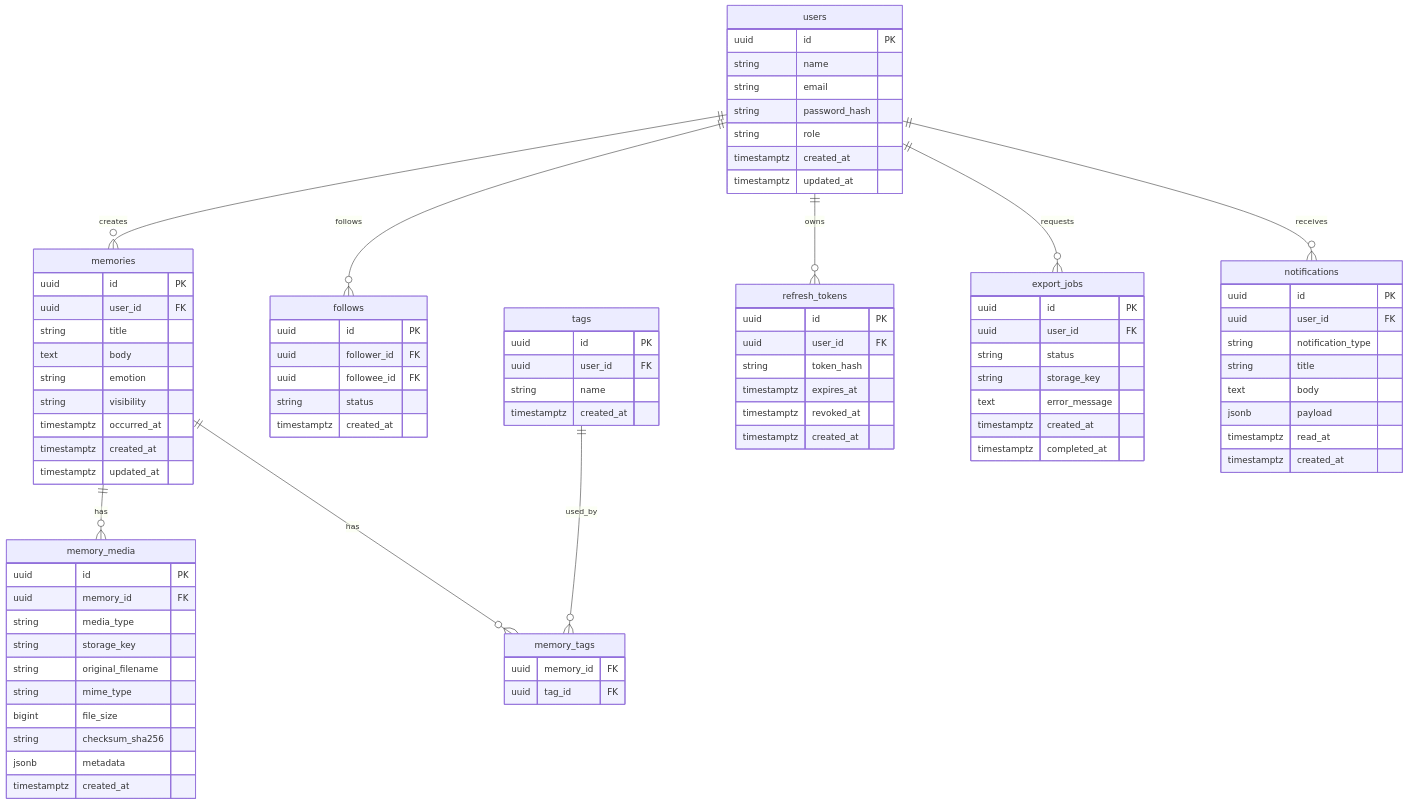
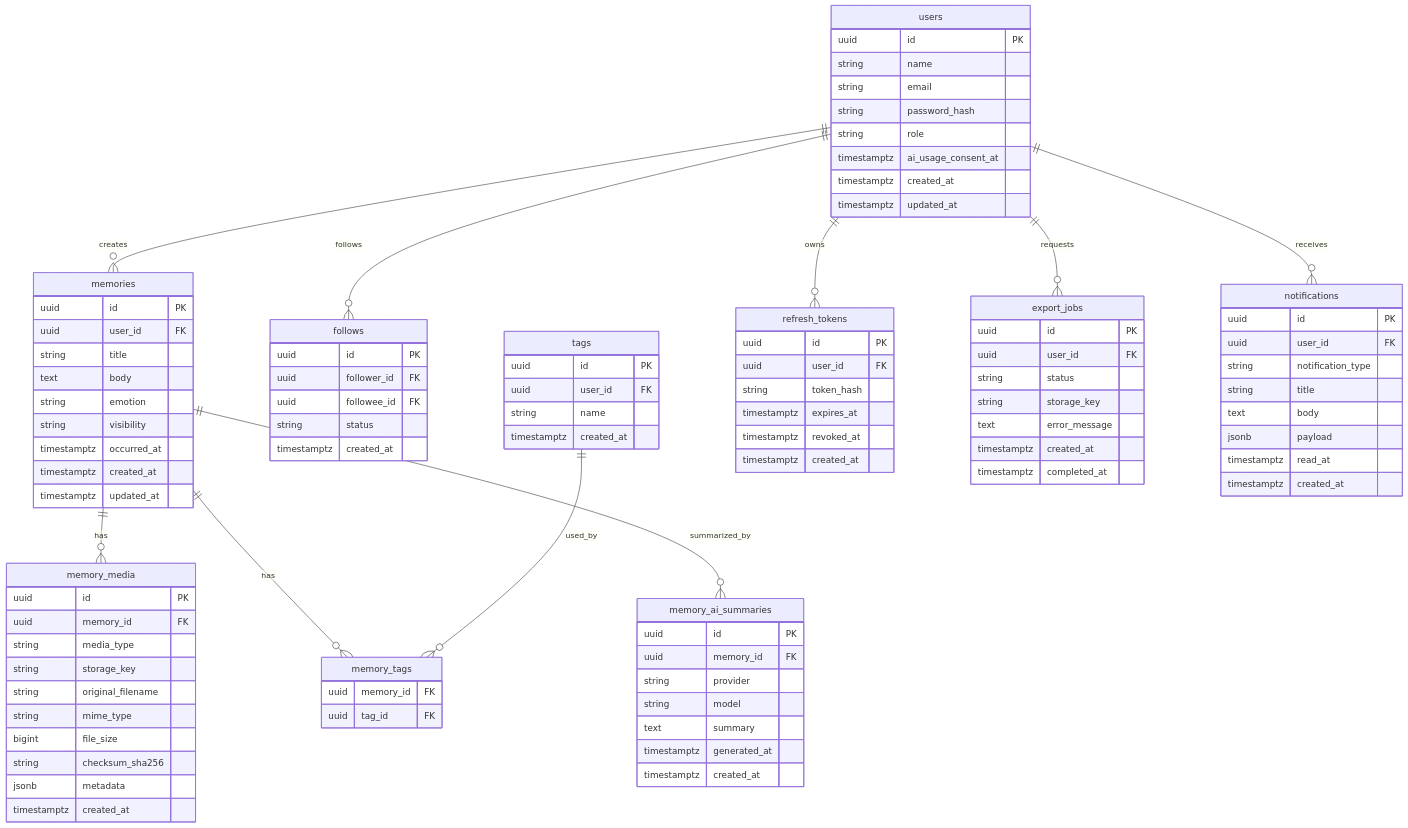
Before and after one commit to Electric-Sheep-team6/backend: the diagram in doc/basic_design/db_schema.md, drawn with Mermaid. The commit also changed other lines of this file and 3 other files, not shown here.

````diff
--- a/doc/basic_design/db_schema.md
+++ b/doc/basic_design/db_schema.md
@@ -22,6 +22,7 @@
   users ||--o{ refresh_tokens : owns
   users ||--o{ export_jobs : requests
   users ||--o{ notifications : receives
+  memories ||--o{ memory_ai_summaries : summarized_by
 
   users {
     uuid id PK
@@ -29,6 +30,7 @@
     string email
     string password_hash
     string role
+    timestamptz ai_usage_consent_at
     timestamptz created_at
     timestamptz updated_at
   }
@@ -107,4 +109,14 @@
     timestamptz read_at
     timestamptz created_at
   }
+
+  memory_ai_summaries {
+    uuid id PK
+    uuid memory_id FK
+    string provider
+    string model
+    text summary
+    timestamptz generated_at
+    timestamptz created_at
+  }
 ```
````
